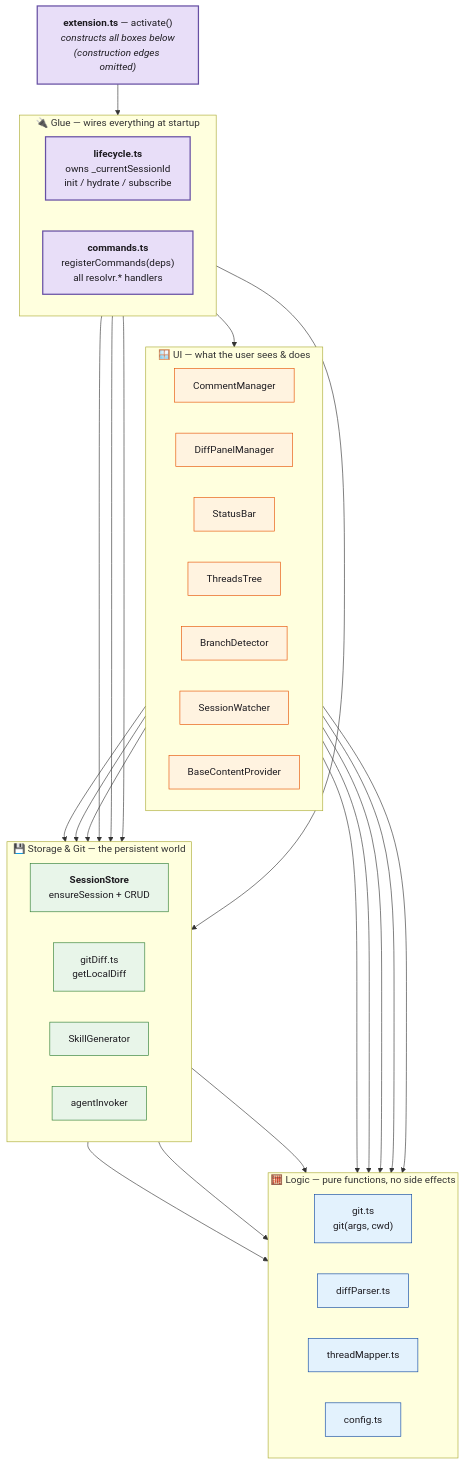
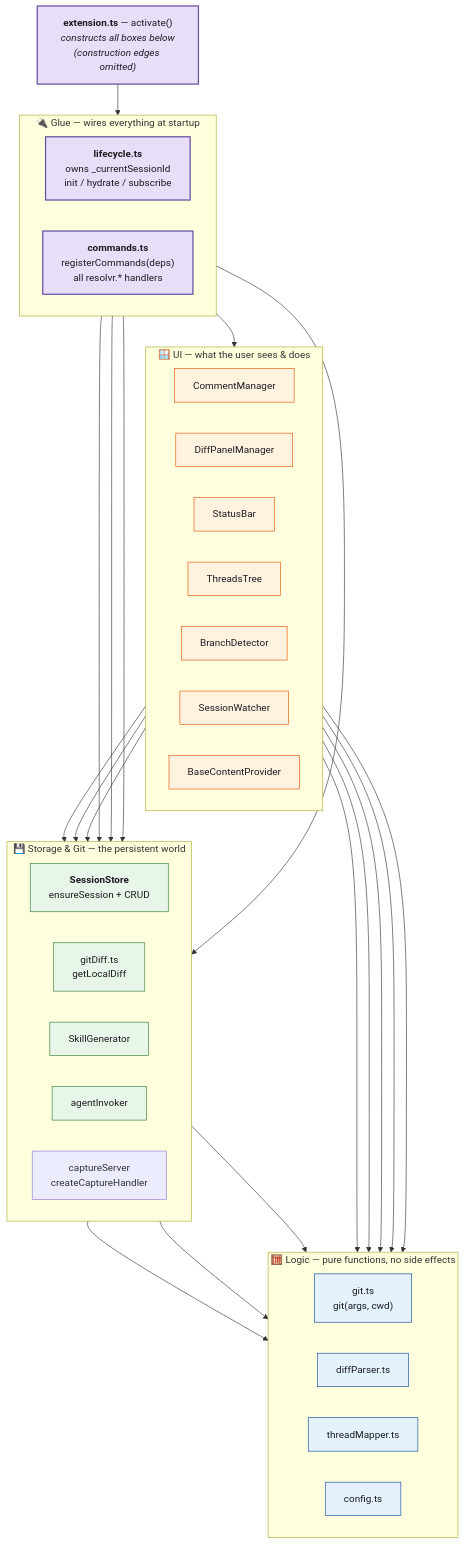
Before and after one commit to ugudlado/local-code-review: the diagram in docs/architecture.md, drawn with Mermaid. The commit also changed other lines of this file and 4 other files, not shown here.

First line of the commit message:
docs: refresh readme, architecture, CLAUDE.md, and skills for the 1.3.0 surface

````diff
--- a/docs/architecture.md
+++ b/docs/architecture.md
@@ -39,71 +62,72 @@
 ```mermaid
 flowchart TB
 
   EXT["<b>extension.ts</b> — activate()<br/><i>constructs all boxes below<br/>(construction edges omitted)</i>"]
 
   subgraph GLUE["🔌 Glue — wires everything at startup"]
     direction LR
     LIFE["<b>lifecycle.ts</b><br/>owns _currentSessionId<br/>init / hydrate / subscribe"]
     CMDS["<b>commands.ts</b><br/>registerCommands(deps)<br/>all resolvr.* handlers"]
   end
 
   subgraph UI["🪟 UI — what the user sees &amp; does"]
     direction LR
     CM["CommentManager"]
     DPM["DiffPanelManager"]
     SB["StatusBar"]
     TT["ThreadsTree"]
     BD["BranchDetector"]
     SW["SessionWatcher"]
     BCP["BaseContentProvider"]
   end
 
   subgraph STORE["💾 Storage &amp; Git — the persistent world"]
     direction LR
     SS["<b>SessionStore</b><br/>ensureSession + CRUD"]
     GD["gitDiff.ts<br/>getLocalDiff"]
     SG["SkillGenerator"]
     AI["agentInvoker"]
+    CAP["captureServer<br/>createCaptureHandler"]
   end
 
   subgraph LOGIC["🧮 Logic — pure functions, no side effects"]
     direction LR
     GIT["git.ts<br/>git(args, cwd)"]
     DP["diffParser.ts"]
     TM["threadMapper.ts"]
     CFG["config.ts"]
   end
 
   EXT --> GLUE
 
   LIFE --> UI
   LIFE --> SS
   LIFE --> SG
   CMDS --> SS
   CMDS --> AI
 
   CM  --> SS
   DPM --> SS
   DPM --> GD
   CM  --> TM
 
   SS  --> GIT
   GD  --> GIT
   BD  --> GIT
   BCP --> GIT
 
   DPM --> DP
   SG  --> CFG
   BD  --> CFG
 
   classDef entry fill:#E8DEF8,stroke:#6750A4,stroke-width:2px,color:#1D1B20
   classDef ui    fill:#FFF3E0,stroke:#E65100,color:#1D1B20
   classDef io    fill:#E8F5E9,stroke:#2E7D32,color:#1D1B20
   classDef pure  fill:#E3F2FD,stroke:#0D47A1,color:#1D1B20
 
   class EXT entry
   class LIFE,CMDS entry
   class CM,DPM,SB,TT,BD,SW,BCP ui
   class SS,GD,SG,AI io
   class GIT,DP,TM,CFG pure
 ```
````
